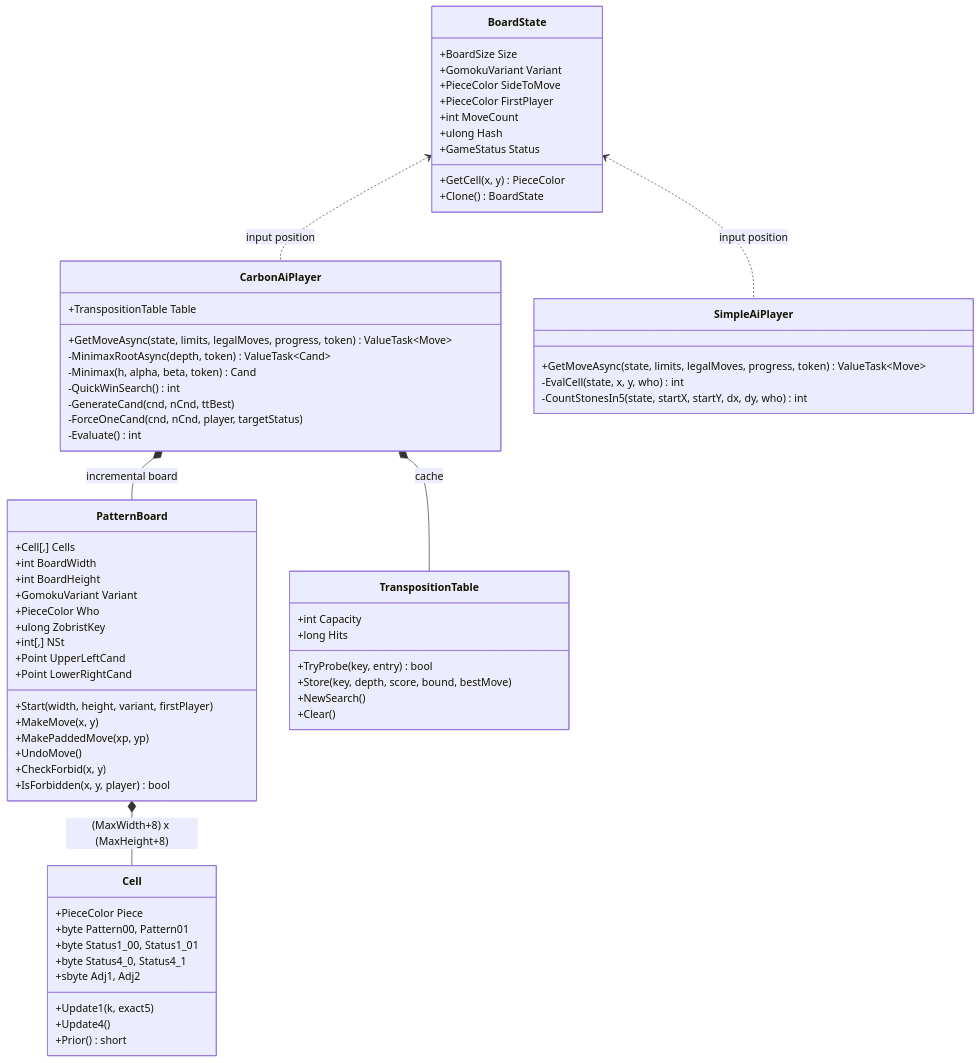
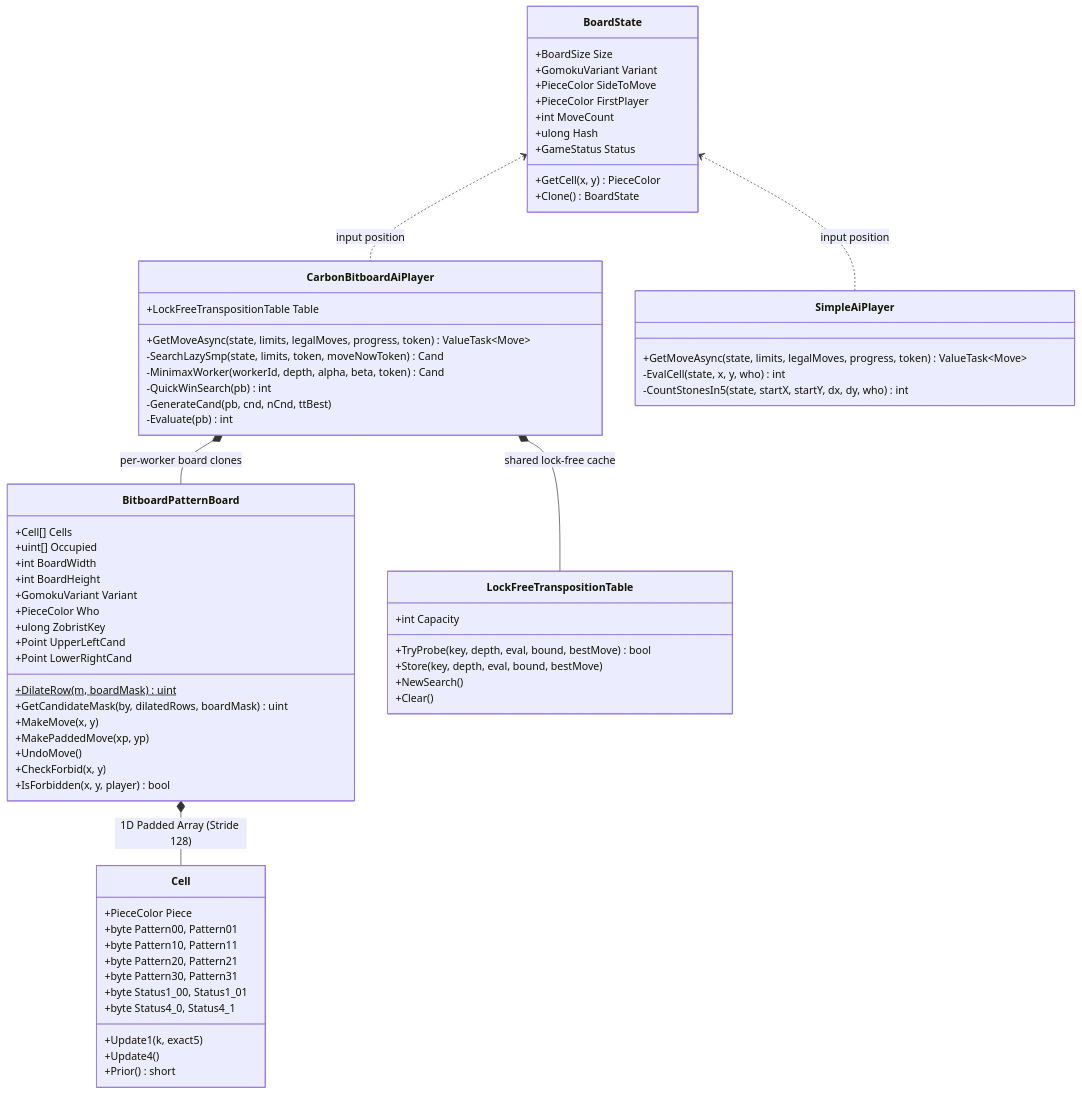
Before and after one commit to cjp-dev/Gomoku: the second of 4 diagrams in docs/brain/01-overview.md, drawn with Mermaid. The commit also changed other lines of this file and 29 other files, not shown here.

````diff
--- a/docs/brain/01-overview.md
+++ b/docs/brain/01-overview.md
@@ -57,75 +59,76 @@
 ```mermaid
 classDiagram
     class BoardState {
         +BoardSize Size
         +GomokuVariant Variant
         +PieceColor SideToMove
         +PieceColor FirstPlayer
         +int MoveCount
         +ulong Hash
         +GameStatus Status
         +GetCell(x, y) PieceColor
         +Clone() BoardState
     }
 
-    class PatternBoard {
-        +Cell[,] Cells
+    class BitboardPatternBoard {
+        +Cell[] Cells
+        +uint[] Occupied
         +int BoardWidth
         +int BoardHeight
         +GomokuVariant Variant
         +PieceColor Who
         +ulong ZobristKey
-        +int[,] NSt
         +Point UpperLeftCand
         +Point LowerRightCand
-        +Start(width, height, variant, firstPlayer)
+        +DilateRow(m, boardMask)$ uint
+        +GetCandidateMask(by, dilatedRows, boardMask) uint
         +MakeMove(x, y)
         +MakePaddedMove(xp, yp)
         +UndoMove()
         +CheckForbid(x, y)
         +IsForbidden(x, y, player) bool
     }
 
     class Cell {
         +PieceColor Piece
         +byte Pattern00, Pattern01
+        +byte Pattern10, Pattern11
+        +byte Pattern20, Pattern21
+        +byte Pattern30, Pattern31
         +byte Status1_00, Status1_01
         +byte Status4_0, Status4_1
-        +sbyte Adj1, Adj2
         +Update1(k, exact5)
         +Update4()
         +Prior() short
     }
 
-    class CarbonAiPlayer {
-        +TranspositionTable Table
+    class CarbonBitboardAiPlayer {
+        +LockFreeTranspositionTable Table
         +GetMoveAsync(state, limits, legalMoves, progress, token) ValueTask~Move~
-        -MinimaxRootAsync(depth, token) ValueTask~Cand~
-        -Minimax(h, alpha, beta, token) Cand
-        -QuickWinSearch() int
-        -GenerateCand(cnd, nCnd, ttBest)
-        -ForceOneCand(cnd, nCnd, player, targetStatus)
-        -Evaluate() int
+        -SearchLazySmp(state, limits, token, moveNowToken) Cand
+        -MinimaxWorker(workerId, depth, alpha, beta, token) Cand
+        -QuickWinSearch(pb) int
+        -GenerateCand(pb, cnd, nCnd, ttBest)
+        -Evaluate(pb) int
     }
 
     class SimpleAiPlayer {
         +GetMoveAsync(state, limits, legalMoves, progress, token) ValueTask~Move~
         -EvalCell(state, x, y, who) int
         -CountStonesIn5(state, startX, startY, dx, dy, who) int
     }
 
-    class TranspositionTable {
+    class LockFreeTranspositionTable {
         +int Capacity
-        +long Hits
-        +TryProbe(key, entry) bool
-        +Store(key, depth, score, bound, bestMove)
+        +TryProbe(key, depth, eval, bound, bestMove) bool
+        +Store(key, depth, eval, bound, bestMove)
         +NewSearch()
         +Clear()
     }
 
-    PatternBoard *-- Cell : (MaxWidth+8) x (MaxHeight+8)
-    CarbonAiPlayer *-- PatternBoard : incremental board
-    CarbonAiPlayer *-- TranspositionTable : cache
-    BoardState <.. CarbonAiPlayer : input position
+    BitboardPatternBoard *-- Cell : 1D Padded Array (Stride 128)
+    CarbonBitboardAiPlayer *-- BitboardPatternBoard : per-worker board clones
+    CarbonBitboardAiPlayer *-- LockFreeTranspositionTable : shared lock-free cache
+    BoardState <.. CarbonBitboardAiPlayer : input position
     BoardState <.. SimpleAiPlayer : input position
 ```
````
